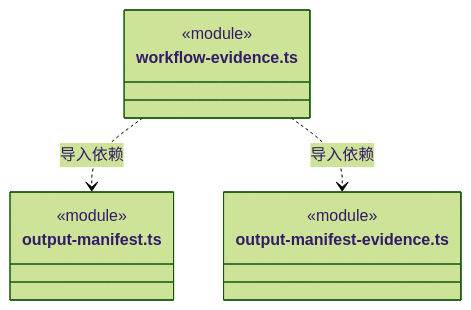
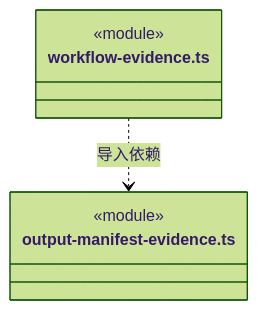
Before and after one commit to nan023062/cbim: diagram 46 of 46 in src/backend/core/evidence/ARCHITECTURE.md, drawn with Mermaid (forest theme). The commit also changed other lines of this file and 130 other files, not shown here.

````diff
--- a/src/backend/core/evidence/ARCHITECTURE.md
+++ b/src/backend/core/evidence/ARCHITECTURE.md
@@ -869,14 +1009,10 @@
 ```mermaid
 classDiagram
 class N_src_backend_core_evidence_workflow_evidence_ts["workflow-evidence.ts"] {
   <<module>>
 }
-class N_src_backend_core_evidence_output_manifest_ts["output-manifest.ts"] {
-  <<module>>
-}
 class N_src_backend_core_evidence_output_manifest_evidence_ts["output-manifest-evidence.ts"] {
   <<module>>
 }
-N_src_backend_core_evidence_workflow_evidence_ts ..> N_src_backend_core_evidence_output_manifest_ts : 导入依赖
 N_src_backend_core_evidence_workflow_evidence_ts ..> N_src_backend_core_evidence_output_manifest_evidence_ts : 导入依赖
 ```
````
